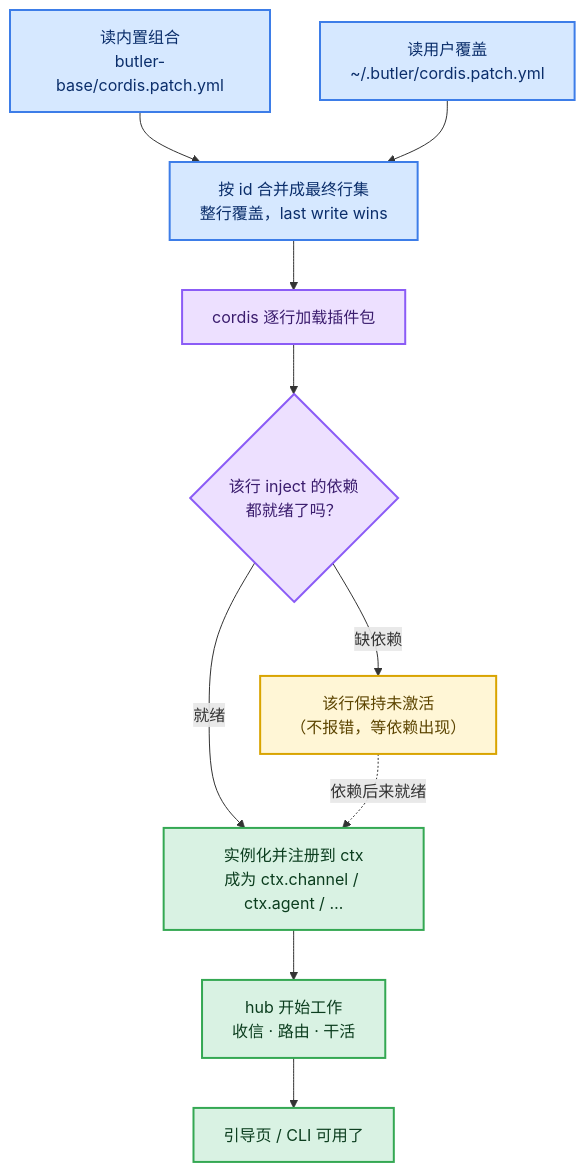
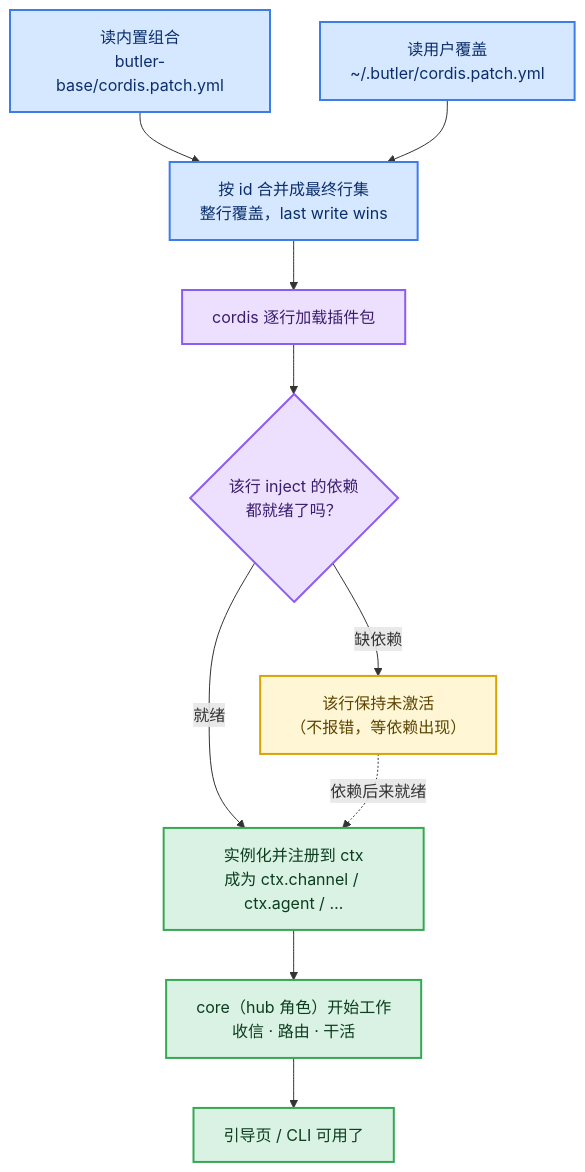
One commit to Leowuqunqun/ai-butler changed the diagram in docs/diagrams/tech-12-boot.mmd. Above: the diagram before and after it, drawn with Mermaid. The commit also changed 14 other files, not shown here.

First line of the commit message:
docs(diagrams): 7 张图对齐现状 —— hub/node 是角色、M 标签换成真实状态、类名改对

```diff
--- a/docs/diagrams/tech-12-boot.mmd
+++ b/docs/diagrams/tech-12-boot.mmd
@@ -1,18 +1,18 @@
 flowchart TB
     A["读内置组合<br/>butler-base/cordis.patch.yml"] --> C
     B["读用户覆盖<br/>~/.butler/cordis.patch.yml"] --> C
     C["按 id 合并成最终行集<br/>整行覆盖，last write wins"] --> D
     D["cordis 逐行加载插件包"] --> E{"该行 inject 的依赖<br/>都就绪了吗？"}
     E -->|"就绪"| F["实例化并注册到 ctx<br/>成为 ctx.channel / ctx.agent / …"]
     E -->|"缺依赖"| G["该行保持未激活<br/>（不报错，等依赖出现）"]
     G -.->|"依赖后来就绪"| F
-    F --> H["hub 开始工作<br/>收信 · 路由 · 干活"]
+    F --> H["core（hub 角色）开始工作<br/>收信 · 路由 · 干活"]
     H --> I["引导页 / CLI 可用了"]
     classDef cfg fill:#D6E8FF,stroke:#3D7DE8,stroke-width:2px,color:#0B2E6B
     classDef rt fill:#EDE0FF,stroke:#8B5CF6,stroke-width:2px,color:#3B1D6E
     classDef warn fill:#FFF6D6,stroke:#D9A400,stroke-width:2px,color:#5C4400
     classDef ok fill:#D9F2E3,stroke:#34A853,stroke-width:2px,color:#0B3D1E
     class A,B,C cfg
     class D,E rt
     class G warn
     class F,H,I ok
```
